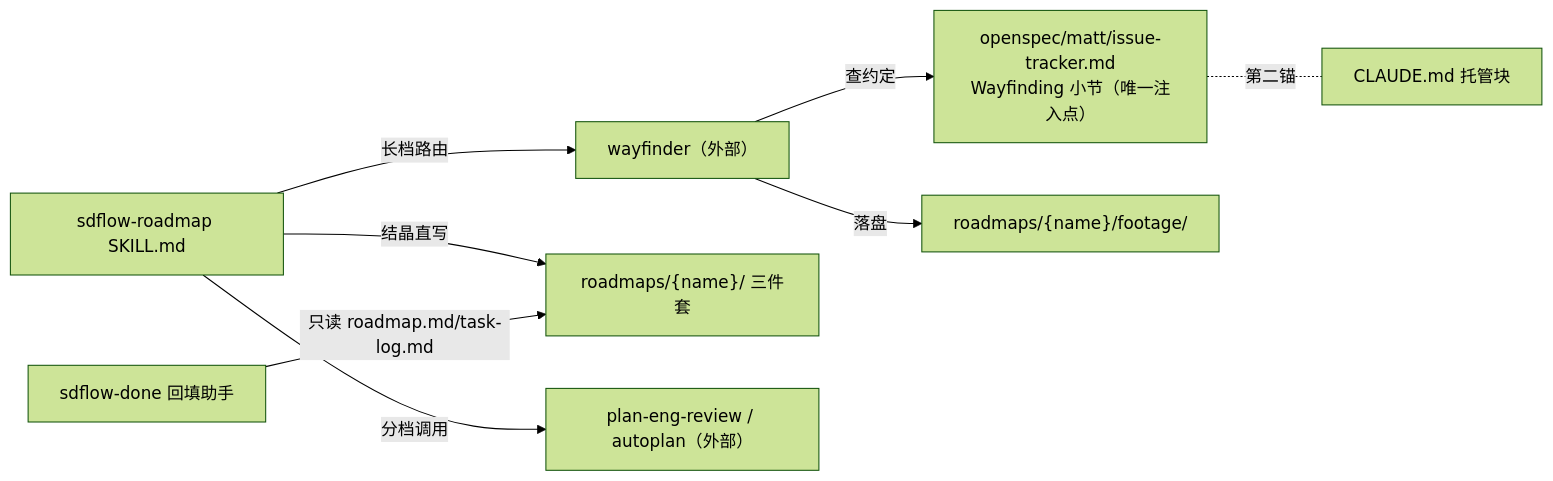
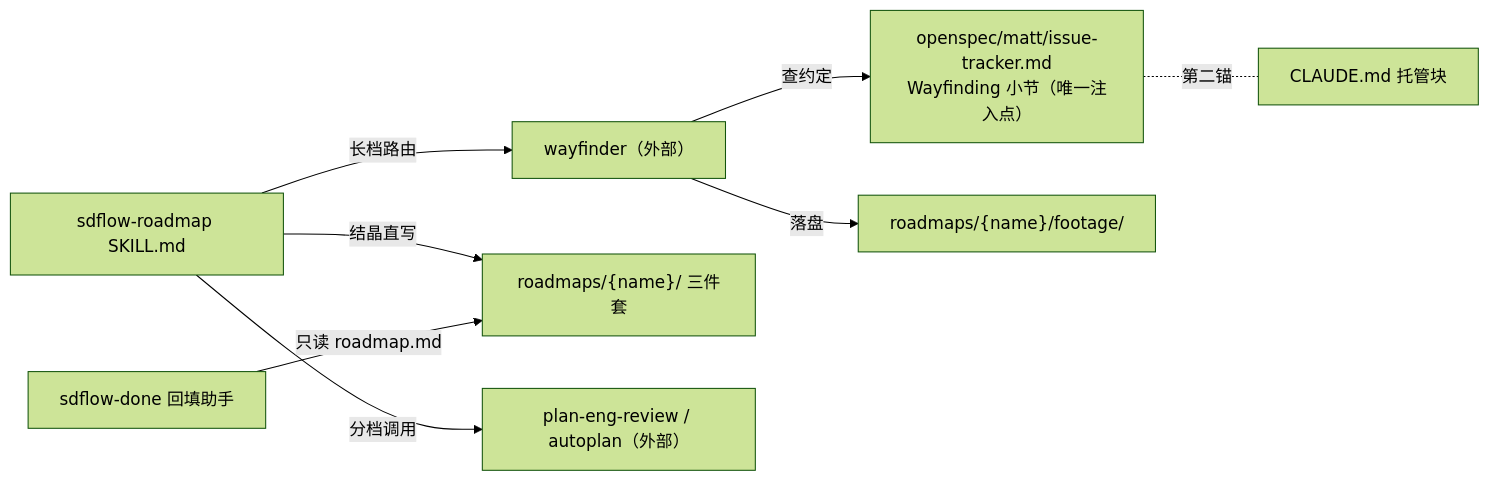
One commit to laodao-ai/sdflow-skills changed the first of 3 diagrams in openspec/changes/rebuild-sdflow-roadmap-v2/design.md. Above: the diagram before and after it, drawn with Mermaid (forest theme). The commit also changed 9 other files, not shown here.

````diff
--- a/openspec/changes/rebuild-sdflow-roadmap-v2/design.md
+++ b/openspec/changes/rebuild-sdflow-roadmap-v2/design.md
@@ -77,10 +77,10 @@
 ```mermaid
 flowchart LR
     SK["sdflow-roadmap SKILL.md"] -->|长档路由| WF["wayfinder（外部）"]
     WF -->|查约定| TD["openspec/matt/issue-tracker.md<br/>Wayfinding 小节（唯一注入点）"]
     TD -.第二锚.- CL["CLAUDE.md 托管块"]
     WF -->|落盘| FT["roadmaps/{name}/footage/"]
     SK -->|结晶直写| PKG["roadmaps/{name}/ 三件套"]
     SK -->|分档调用| RV["plan-eng-review / autoplan（外部）"]
-    DONE["sdflow-done 回填助手"] -->|只读 roadmap.md/task-log.md| PKG
+    DONE["sdflow-done 回填助手"] -->|只读 roadmap.md| PKG
 ```
````
